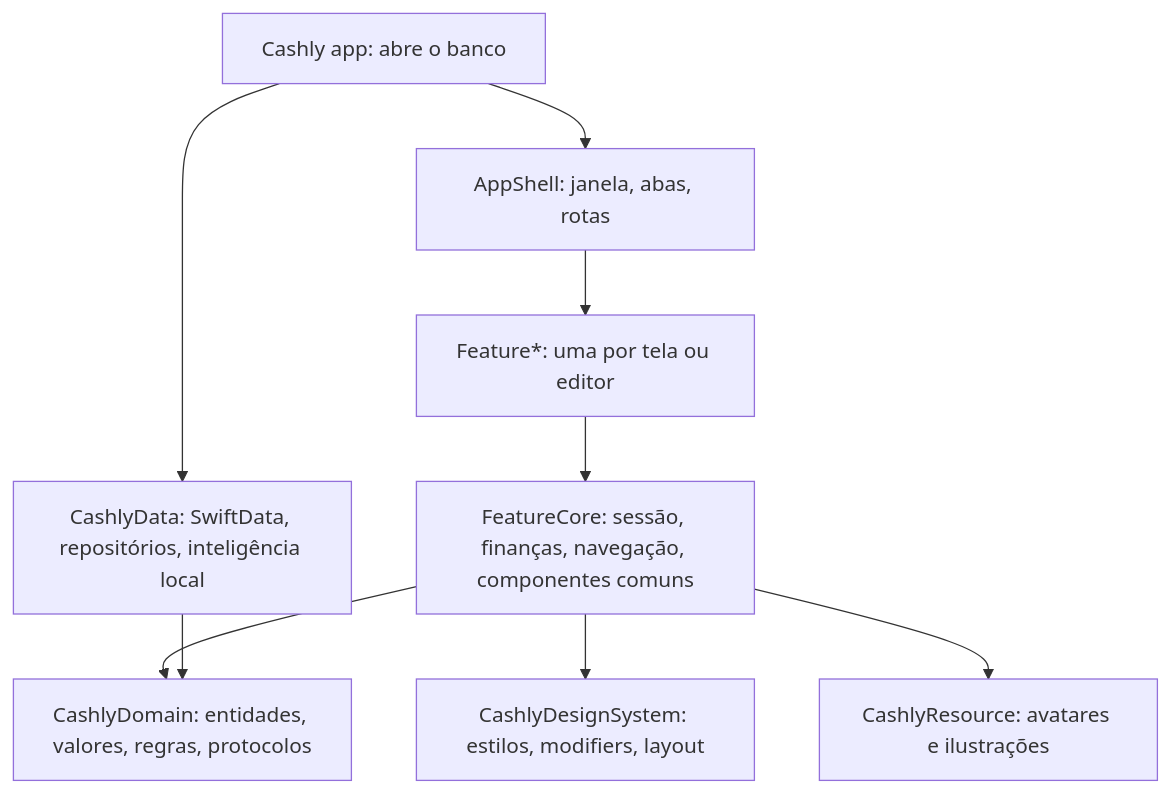
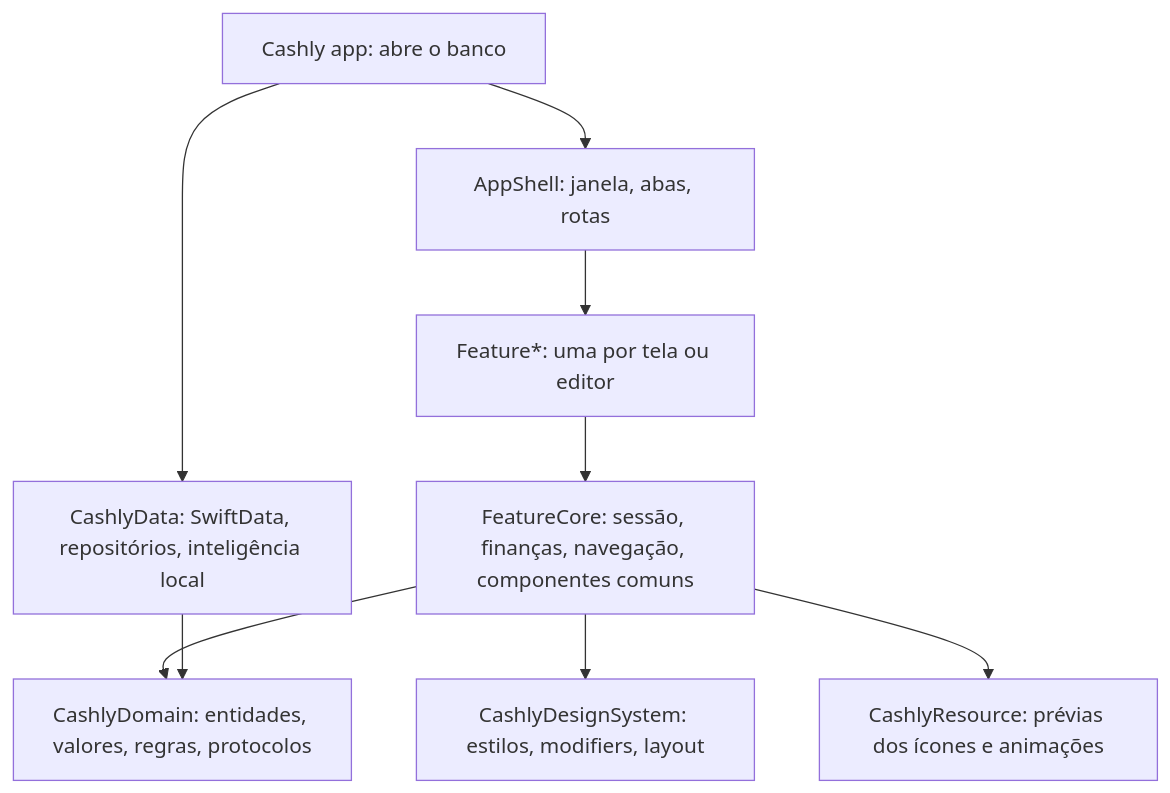
Before and after one commit to byescaleira/cashly: the diagram in docs/architecture.md, drawn with Mermaid. The commit also changed other lines of this file and 298 other files, not shown here.

````diff
--- a/docs/architecture.md
+++ b/docs/architecture.md
@@ -9,11 +9,11 @@
 ```mermaid
 flowchart TD
     App[Cashly app: abre o banco] --> Shell[AppShell: janela, abas, rotas]
     Shell --> Features[Feature*: uma por tela ou editor]
     Features --> Core[FeatureCore: sessão, finanças, navegação, componentes comuns]
     Core --> Domain[CashlyDomain: entidades, valores, regras, protocolos]
     Core --> DS[CashlyDesignSystem: estilos, modifiers, layout]
-    Core --> Resource[CashlyResource: avatares e ilustrações]
+    Core --> Resource[CashlyResource: prévias dos ícones e animações]
     App --> Data[CashlyData: SwiftData, repositórios, inteligência local]
     Data --> Domain
 ```
````
